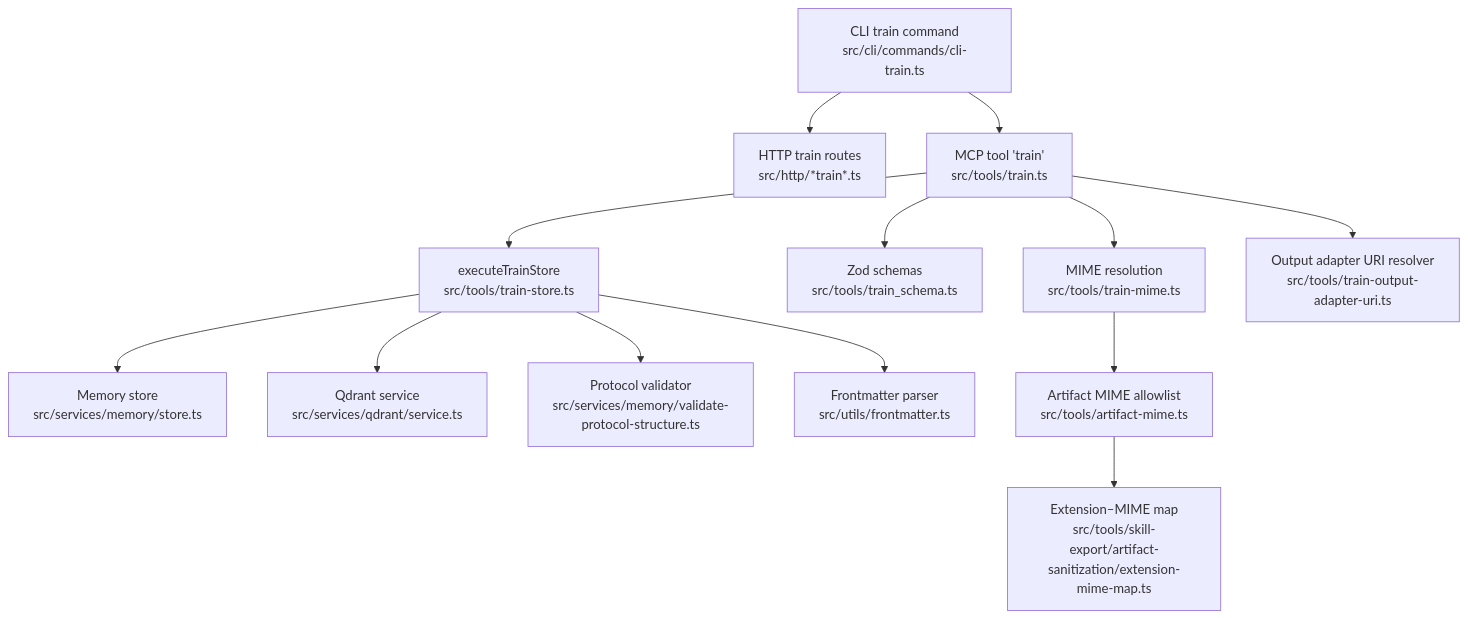
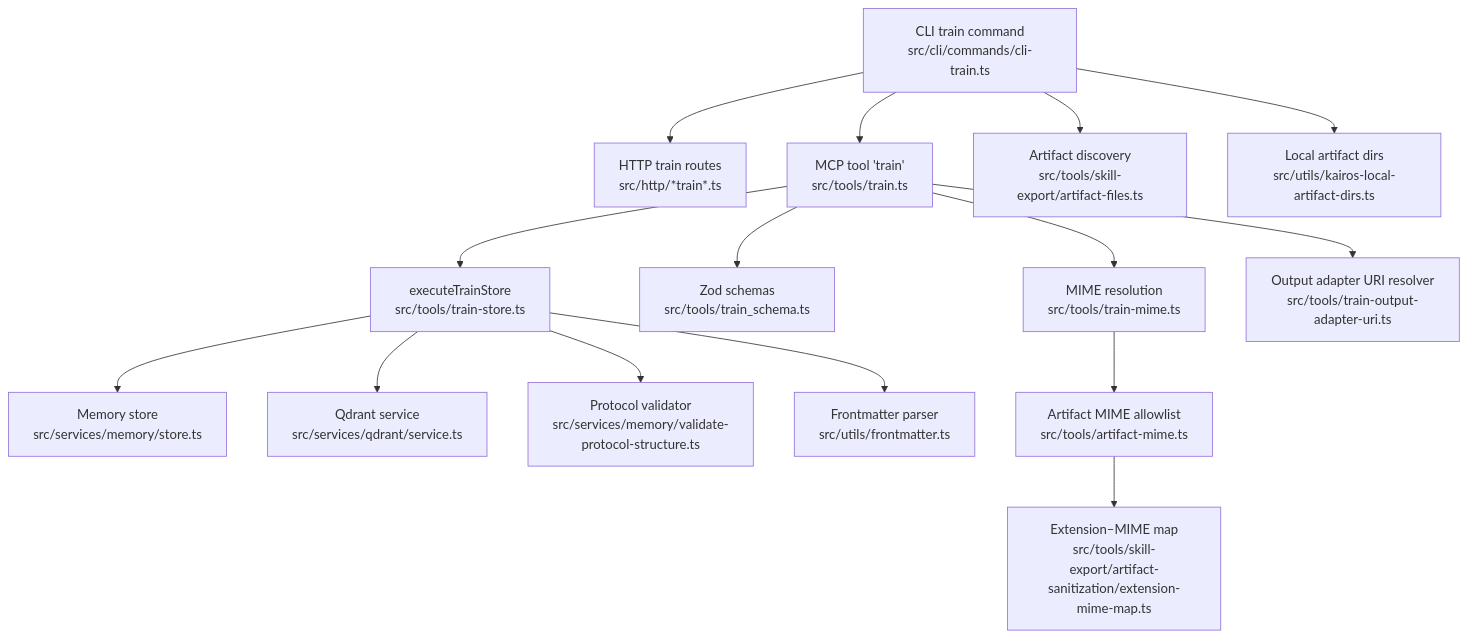
Before and after one commit to debian777/kairos-mcp: the first of 8 diagrams in .qoder/repowiki/en/content/User Interfaces/CLI Interface/Training Commands.md, drawn with Mermaid. The commit also changed other lines of this file and 16 other files, not shown here.

````diff
--- a/.qoder/repowiki/en/content/User Interfaces/CLI Interface/Training Commands.md
+++ b/.qoder/repowiki/en/content/User Interfaces/CLI Interface/Training Commands.md
@@ -80,15 +92,17 @@
 ```mermaid
 graph TB
 CLI["CLI train command<br/>src/cli/commands/cli-train.ts"] --> HTTP["HTTP train routes<br/>src/http/*train*.ts"]
 CLI --> Tool["MCP tool 'train'<br/>src/tools/train.ts"]
 Tool --> Store["executeTrainStore<br/>src/tools/train-store.ts"]
 Store --> Mem["Memory store<br/>src/services/memory/store.ts"]
 Store --> Qdr["Qdrant service<br/>src/services/qdrant/service.ts"]
 Tool --> Schema["Zod schemas<br/>src/tools/train_schema.ts"]
 Tool --> Mime["MIME resolution<br/>src/tools/train-mime.ts"]
 Tool --> OutURI["Output adapter URI resolver<br/>src/tools/train-output-adapter-uri.ts"]
 Store --> Proto["Protocol validator<br/>src/services/memory/validate-protocol-structure.ts"]
 Store --> FM["Frontmatter parser<br/>src/utils/frontmatter.ts"]
 Mime --> AMime["Artifact MIME allowlist<br/>src/tools/artifact-mime.ts"]
 AMime --> ExtMap["Extension–MIME map<br/>src/tools/skill-export/artifact-sanitization/extension-mime-map.ts"]
+CLI --> ArtFiles["Artifact discovery<br/>src/tools/skill-export/artifact-files.ts"]
+CLI --> LocalDirs["Local artifact dirs<br/>src/utils/kairos-local-artifact-dirs.ts"]
 ```
````
